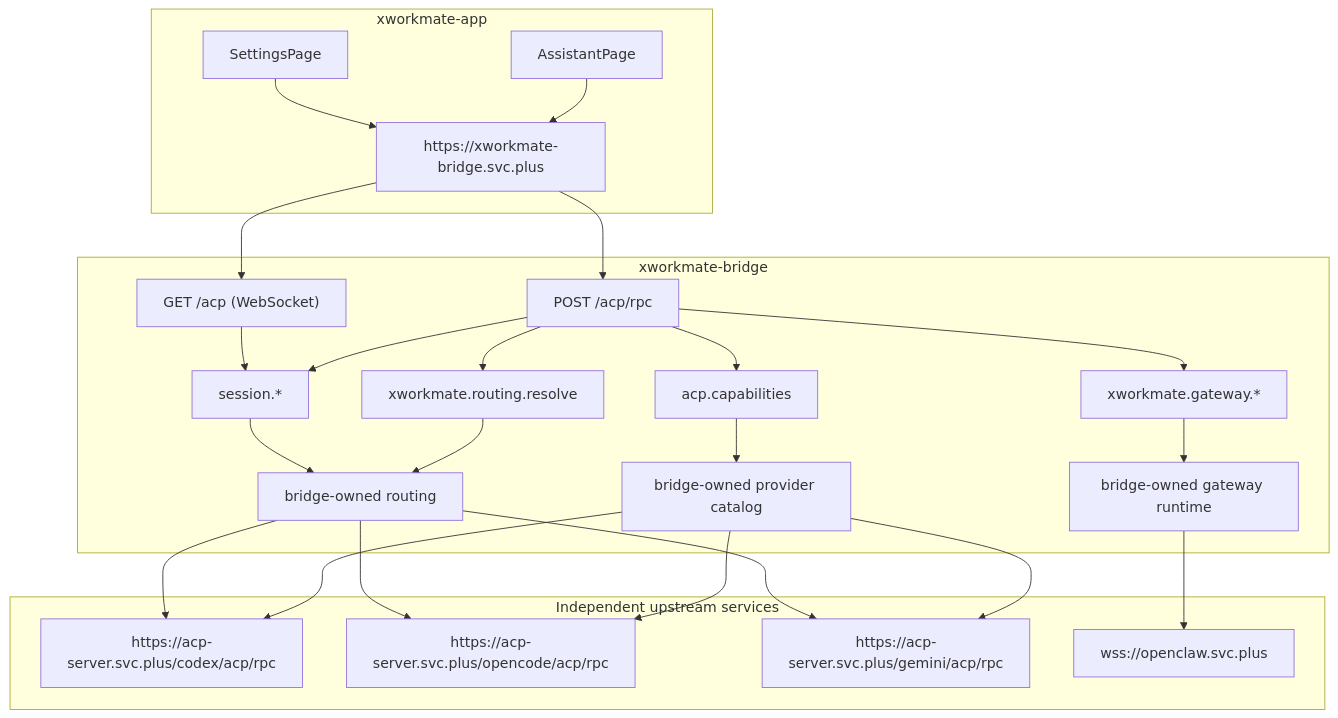
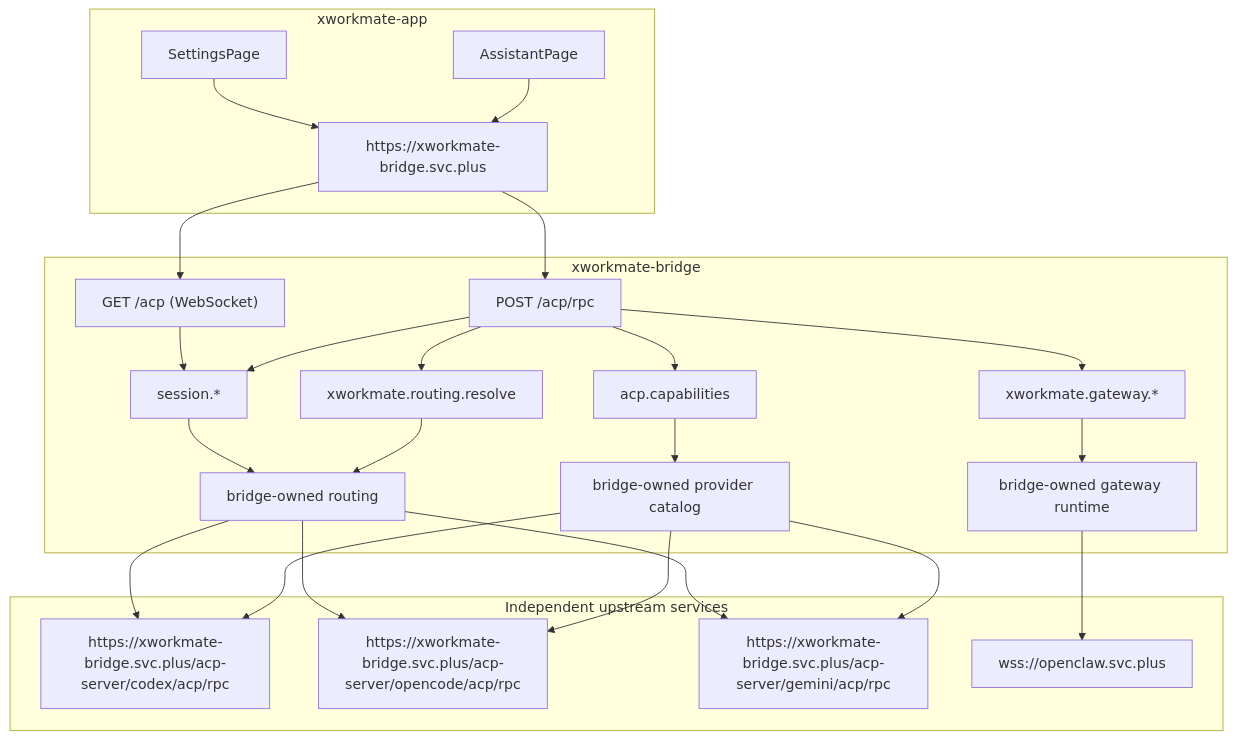
Before and after one commit to ai-workspace-lab/xworkmate-bridge: the first of 2 diagrams in docs/architecture/acp-forwarding-topology.md, drawn with Mermaid. The commit also changed other lines of this file and 5 other files, not shown here.

````diff
--- a/docs/architecture/acp-forwarding-topology.md
+++ b/docs/architecture/acp-forwarding-topology.md
@@ -23,49 +23,49 @@
 ```mermaid
 flowchart TD
   subgraph APP["xworkmate-app"]
     A1["AssistantPage"]
     A2["SettingsPage"]
     A3["https://xworkmate-bridge.svc.plus"]
     A1 --> A3
     A2 --> A3
   end
 
   subgraph BRIDGE["xworkmate-bridge"]
     B1["POST /acp/rpc"]
     B2["GET /acp (WebSocket)"]
     B3["acp.capabilities"]
     B4["xworkmate.routing.resolve"]
     B5["session.*"]
     B6["xworkmate.gateway.*"]
     B7["bridge-owned provider catalog"]
     B8["bridge-owned routing"]
     B9["bridge-owned gateway runtime"]
 
     A3 --> B1
     A3 --> B2
     B1 --> B3
     B1 --> B4
     B1 --> B5
     B1 --> B6
     B2 --> B5
     B3 --> B7
     B4 --> B8
     B5 --> B8
     B6 --> B9
   end
 
   subgraph UPSTREAM["Independent upstream services"]
-    C1["https://acp-server.svc.plus/codex/acp/rpc"]
-    C2["https://acp-server.svc.plus/opencode/acp/rpc"]
-    C3["https://acp-server.svc.plus/gemini/acp/rpc"]
+    C1["https://xworkmate-bridge.svc.plus/acp-server/codex/acp/rpc"]
+    C2["https://xworkmate-bridge.svc.plus/acp-server/opencode/acp/rpc"]
+    C3["https://xworkmate-bridge.svc.plus/acp-server/gemini/acp/rpc"]
     C4["wss://openclaw.svc.plus"]
   end
 
   B7 --> C1
   B7 --> C2
   B7 --> C3
   B8 --> C1
   B8 --> C2
   B8 --> C3
   B9 --> C4
 ```
````
